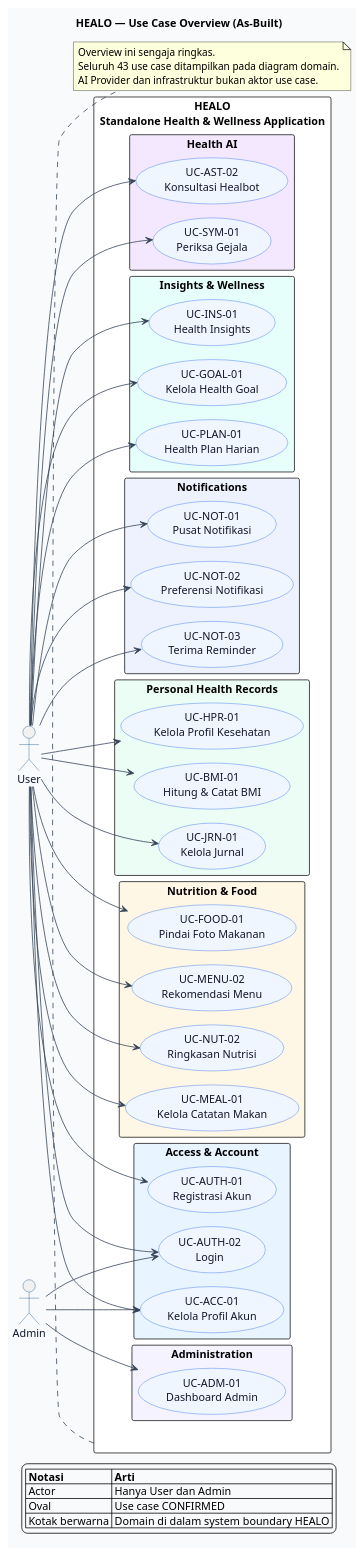
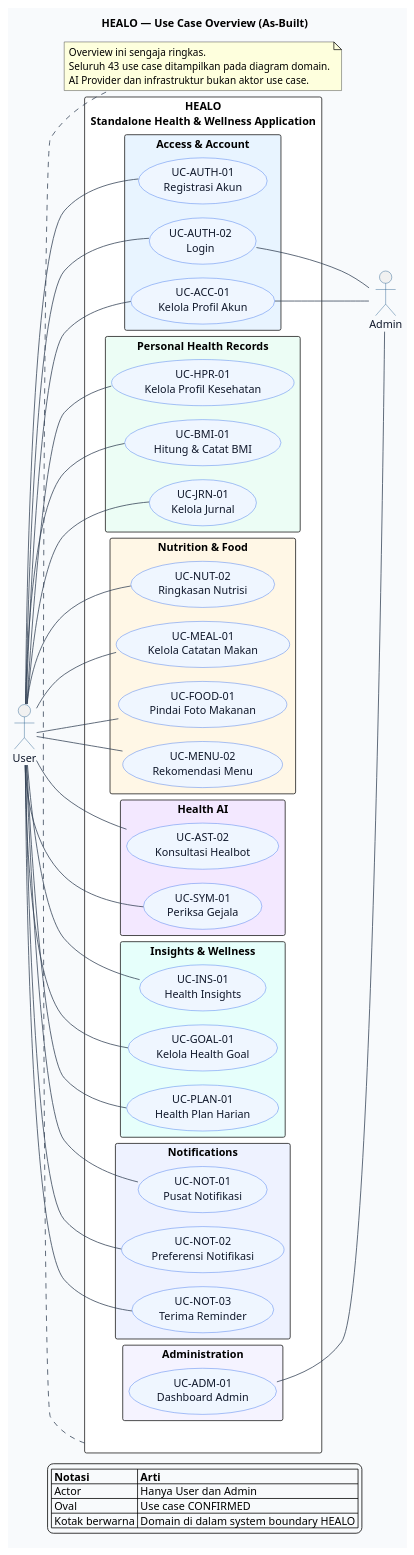
Before and after one commit to Daffa-Qiao/Healo: the diagram in docs/as-built/04-use-case-diagrams/src/00-overview.puml, drawn with PlantUML. The commit also changed 113 other files, not shown here.

```diff
--- a/docs/as-built/04-use-case-diagrams/src/00-overview.puml
+++ b/docs/as-built/04-use-case-diagrams/src/00-overview.puml
@@ -1,96 +1,96 @@
 @startuml
 !pragma layout smetana
 title HEALO — Use Case Overview (As-Built)
 left to right direction
 skinparam backgroundColor #F8FAFC
 skinparam shadowing false
 skinparam packageStyle rectangle
 skinparam defaultFontName Arial
 skinparam ArrowColor #334155
 skinparam ActorBorderColor #0F4C81
 skinparam ActorFontColor #0F172A
 skinparam UsecaseBorderColor #2563EB
 skinparam UsecaseBackgroundColor #EFF6FF
 skinparam UsecaseFontColor #0F172A
 
 actor User as USER
 actor Admin as ADMIN
 
 rectangle "HEALO\nStandalone Health & Wellness Application" as HEALO #FFFFFF {
   package "Access & Account" #E8F4FF {
     usecase "UC-AUTH-01\nRegistrasi Akun" as AUTH01
     usecase "UC-AUTH-02\nLogin" as AUTH02
     usecase "UC-ACC-01\nKelola Profil Akun" as ACC01
   }
 
   package "Personal Health Records" #ECFDF5 {
     usecase "UC-HPR-01\nKelola Profil Kesehatan" as HPR01
     usecase "UC-BMI-01\nHitung & Catat BMI" as BMI01
     usecase "UC-JRN-01\nKelola Jurnal" as JRN01
   }
 
   package "Nutrition & Food" #FFF7E6 {
     usecase "UC-NUT-02\nRingkasan Nutrisi" as NUT02
     usecase "UC-MEAL-01\nKelola Catatan Makan" as MEAL01
     usecase "UC-FOOD-01\nPindai Foto Makanan" as FOOD01
     usecase "UC-MENU-02\nRekomendasi Menu" as MENU02
   }
 
   package "Health AI" #F3E8FF {
     usecase "UC-AST-02\nKonsultasi Healbot" as AST02
     usecase "UC-SYM-01\nPeriksa Gejala" as SYM01
   }
 
   package "Insights & Wellness" #E6FFFB {
     usecase "UC-INS-01\nHealth Insights" as INS01
     usecase "UC-GOAL-01\nKelola Health Goal" as GOAL01
     usecase "UC-PLAN-01\nHealth Plan Harian" as PLAN01
   }
 
   package "Notifications" #EEF2FF {
     usecase "UC-NOT-01\nPusat Notifikasi" as NOT01
     usecase "UC-NOT-02\nPreferensi Notifikasi" as NOT02
     usecase "UC-NOT-03\nTerima Reminder" as NOT03
   }
 
   package "Administration" #F5F3FF {
     usecase "UC-ADM-01\nDashboard Admin" as ADM01
   }
 }
 
-USER --> AUTH01
-USER --> AUTH02
-USER --> ACC01
-USER --> HPR01
-USER --> BMI01
-USER --> JRN01
-USER --> NUT02
-USER --> MEAL01
-USER --> FOOD01
-USER --> MENU02
-USER --> AST02
-USER --> SYM01
-USER --> INS01
-USER --> GOAL01
-USER --> PLAN01
-USER --> NOT01
-USER --> NOT02
-USER --> NOT03
+USER -- AUTH01
+USER -- AUTH02
+USER -- ACC01
+USER -- HPR01
+USER -- BMI01
+USER -- JRN01
+USER -- NUT02
+USER -- MEAL01
+USER -- FOOD01
+USER -- MENU02
+USER -- AST02
+USER -- SYM01
+USER -- INS01
+USER -- GOAL01
+USER -- PLAN01
+USER -- NOT01
+USER -- NOT02
+USER -- NOT03
 
-ADMIN --> AUTH02
-ADMIN --> ACC01
-ADMIN --> ADM01
+AUTH02 -- ADMIN
+ACC01 -- ADMIN
+ADM01 -- ADMIN
 
 legend bottom
   |= Notasi |= Arti |
   | Actor | Hanya User dan Admin |
   | Oval | Use case CONFIRMED |
   | Kotak berwarna | Domain di dalam system boundary HEALO |
 endlegend
 
 note bottom of HEALO
   Overview ini sengaja ringkas.
   Seluruh 43 use case ditampilkan pada diagram domain.
   AI Provider dan infrastruktur bukan aktor use case.
 end note
 @enduml
```
